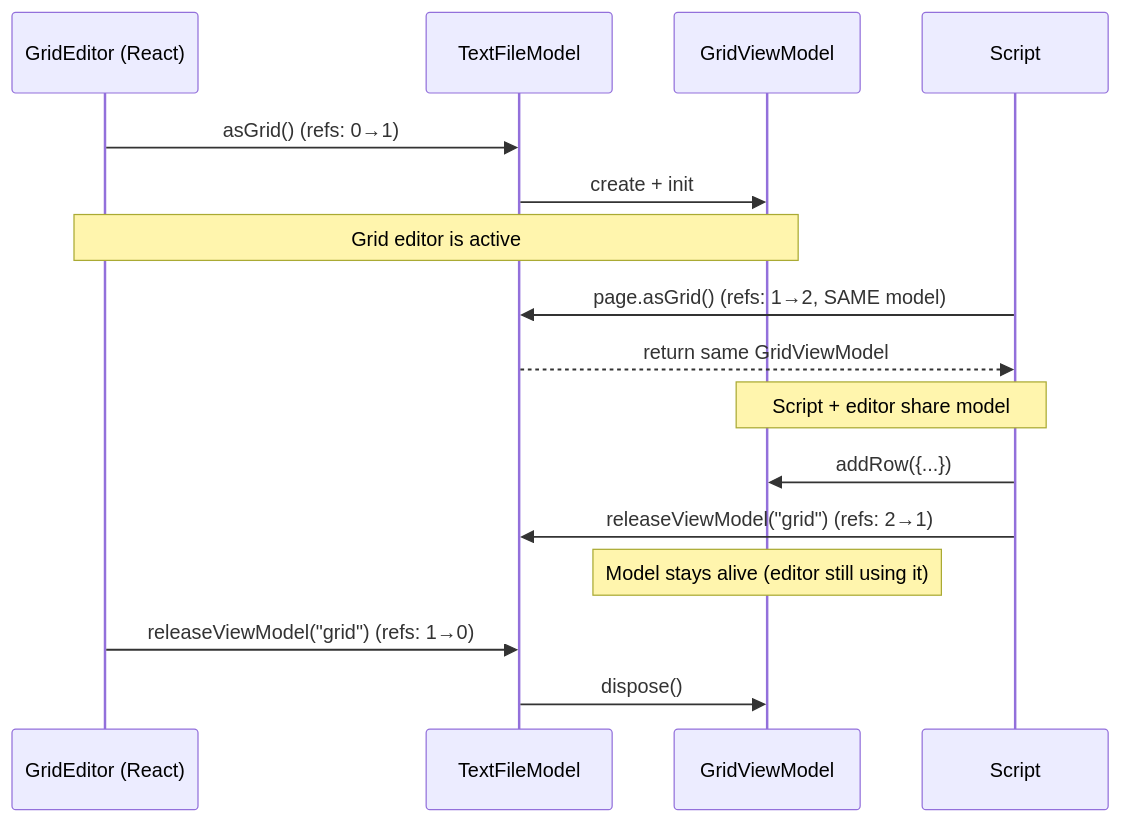
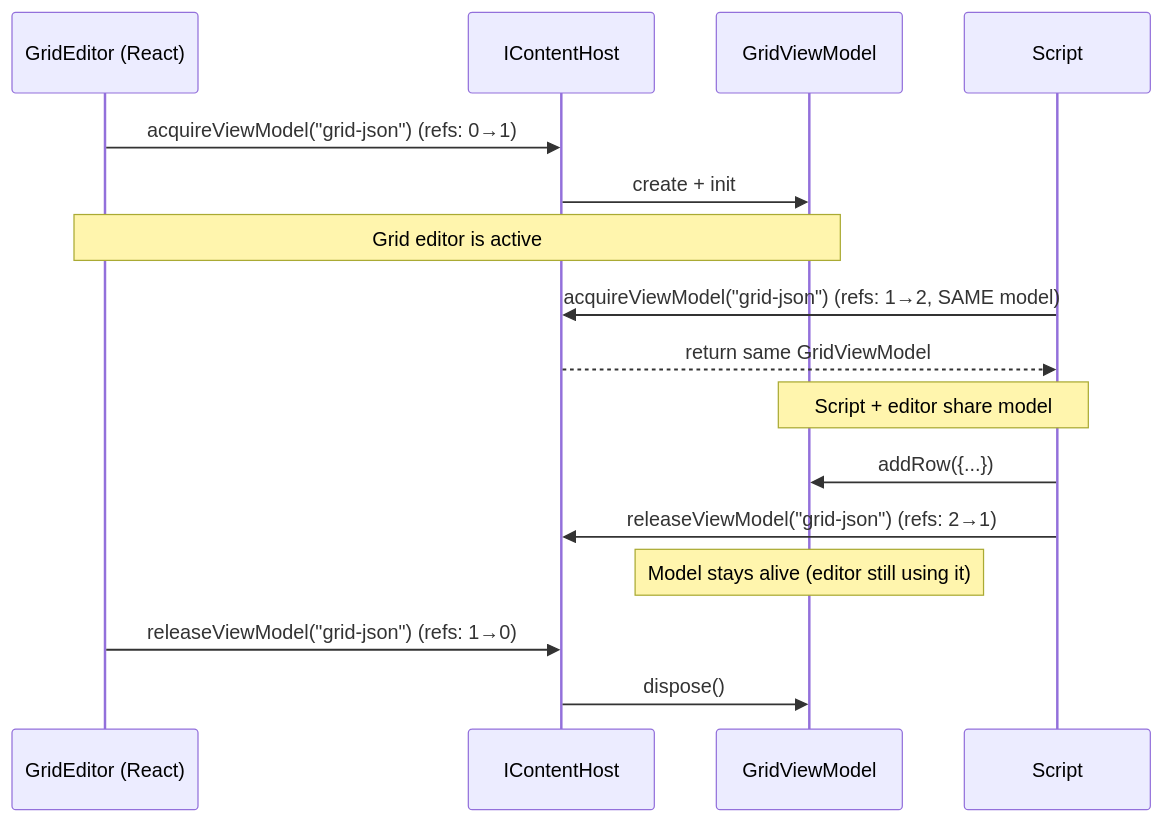
One commit to andriy-viyatyk/persephone changed the third of 3 diagrams in doc/future-architecture/migration/9.content-view-models.md. Above: the diagram before and after it, drawn with Mermaid. The commit also changed other lines of this file and 21 other files, not shown here.

First line of the commit message:
US-052/053/054: Content View Models foundation + TextFileModel decomposition

````diff
--- a/doc/future-architecture/migration/9.content-view-models.md
+++ b/doc/future-architecture/migration/9.content-view-models.md
@@ -760,22 +1140,22 @@
 ```mermaid
 sequenceDiagram
     participant GridEditor as GridEditor (React)
-    participant Host as TextFileModel
+    participant Host as IContentHost
     participant VM as GridViewModel
     participant Script as Script
 
-    GridEditor->>Host: asGrid() (refs: 0→1)
+    GridEditor->>Host: acquireViewModel("grid-json") (refs: 0→1)
     Host->>VM: create + init
     Note over GridEditor,VM: Grid editor is active
 
-    Script->>Host: page.asGrid() (refs: 1→2, SAME model)
+    Script->>Host: acquireViewModel("grid-json") (refs: 1→2, SAME model)
     Host-->>Script: return same GridViewModel
     Note over Script,VM: Script + editor share model
 
     Script->>VM: addRow({...})
-    Script->>Host: releaseViewModel("grid") (refs: 2→1)
+    Script->>Host: releaseViewModel("grid-json") (refs: 2→1)
     Note over VM: Model stays alive (editor still using it)
 
-    GridEditor->>Host: releaseViewModel("grid") (refs: 1→0)
+    GridEditor->>Host: releaseViewModel("grid-json") (refs: 1→0)
     Host->>VM: dispose()
 ```
````
